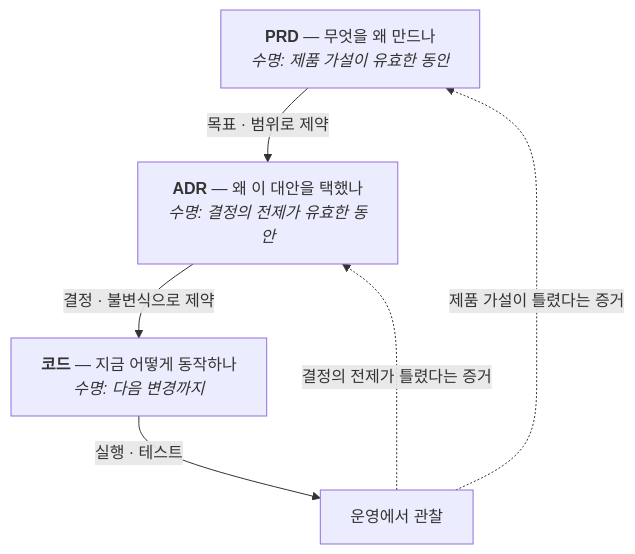
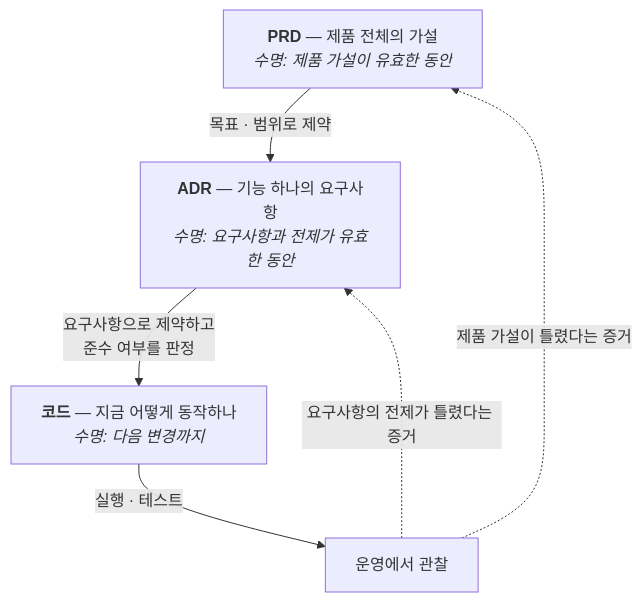
Before and after one commit to haandol/haandol.github.com: the first of 11 diagrams in _posts/2026-07-25-alps-adr-abstraction-boundaries.md, drawn with Mermaid. The commit also changed other lines of this file and 24 other files, not shown here.

````diff
--- a/_posts/2026-07-25-alps-adr-abstraction-boundaries.md
+++ b/_posts/2026-07-25-alps-adr-abstraction-boundaries.md
@@ -33,12 +39,12 @@
 ```mermaid
 flowchart TD
-    PRD["<b>PRD</b> — 무엇을 왜 만드나<br/><i>수명: 제품 가설이 유효한 동안</i>"]
-    ADR["<b>ADR</b> — 왜 이 대안을 택했나<br/><i>수명: 결정의 전제가 유효한 동안</i>"]
+    PRD["<b>PRD</b> — 제품 전체의 가설<br/><i>수명: 제품 가설이 유효한 동안</i>"]
+    ADR["<b>ADR</b> — 기능 하나의 요구사항<br/><i>수명: 요구사항과 전제가 유효한 동안</i>"]
     CODE["<b>코드</b> — 지금 어떻게 동작하나<br/><i>수명: 다음 변경까지</i>"]
 
     PRD -->|"목표 · 범위로 제약"| ADR
-    ADR -->|"결정 · 불변식으로 제약"| CODE
+    ADR -->|"요구사항으로 제약하고<br/>준수 여부를 판정"| CODE
     CODE -->|"실행 · 테스트"| RUN["운영에서 관찰"]
     RUN -.->|"제품 가설이 틀렸다는 증거"| PRD
-    RUN -.->|"결정의 전제가 틀렸다는 증거"| ADR
+    RUN -.->|"요구사항의 전제가 틀렸다는 증거"| ADR
 ```
````
